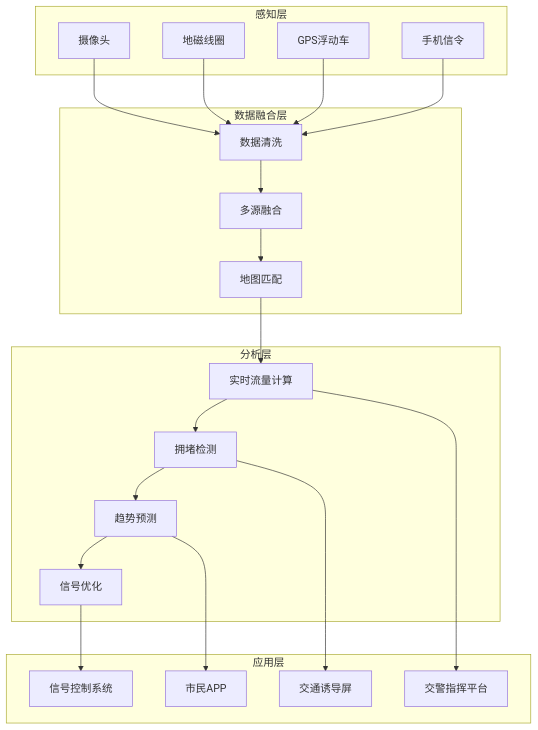
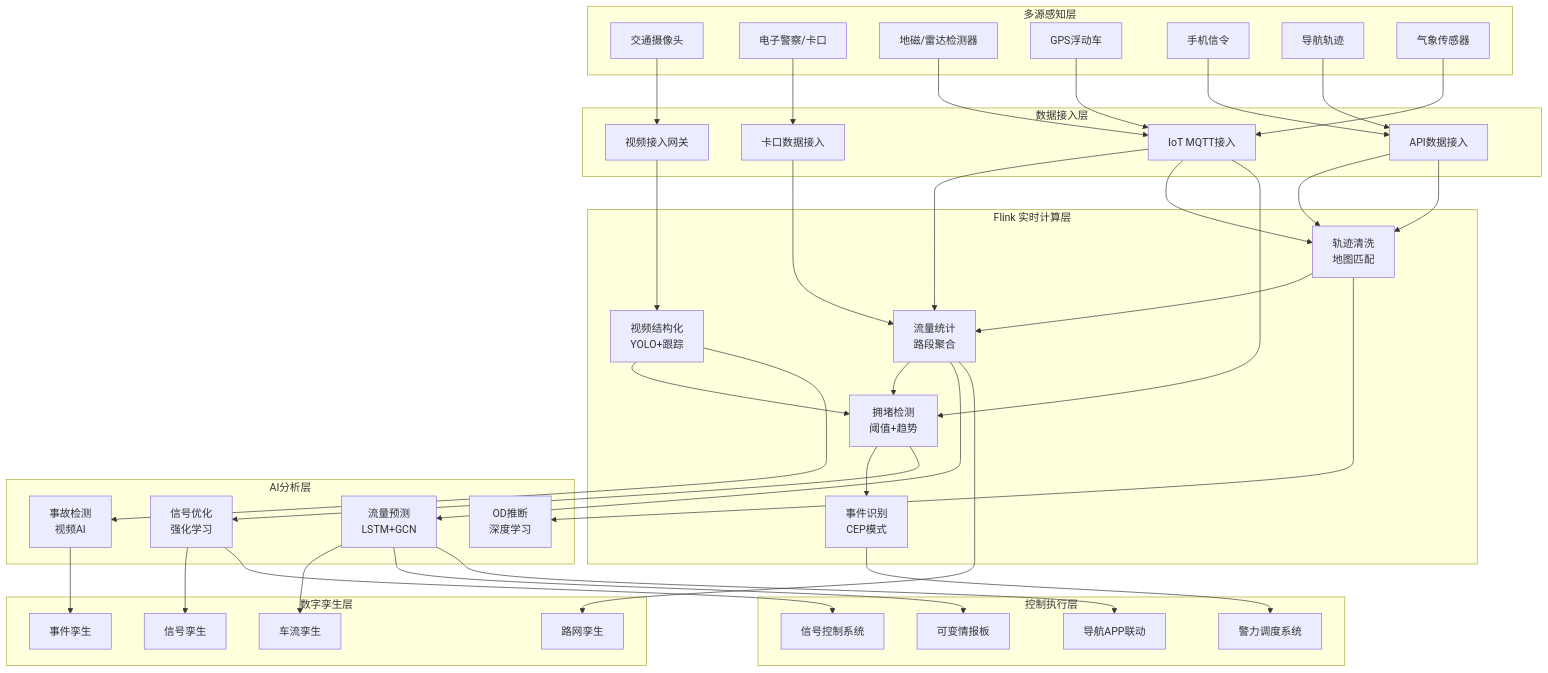
The first of 4 diagrams in phase2-case-studies/smart-city/11.3.1-traffic-flow-analysis.md (AdaMartin18010/AnalysisDataFlow), drawn with Mermaid before and after one commit. The commit also changed other lines of this file and 254 other files, not shown here.

````diff
--- a/phase2-case-studies/smart-city/11.3.1-traffic-flow-analysis.md
+++ b/phase2-case-studies/smart-city/11.3.1-traffic-flow-analysis.md
@@ -48,40 +176,71 @@
 ```mermaid
-flowchart TB
-    subgraph 感知层[感知层]
-        C1[摄像头]
-        C2[地磁线圈]
-        C3[GPS浮动车]
-        C4[手机信令]
+graph TB
+    subgraph 感知层["多源感知层"]
+        A1[交通摄像头]
+        A2[电子警察/卡口]
+        A3[地磁/雷达检测器]
+        A4[GPS浮动车]
+        A5[手机信令]
+        A6[导航轨迹]
+        A7[气象传感器]
     end
 
-    subgraph 融合层[数据融合层]
-        F1[数据清洗]
-        F2[多源融合]
-        F3[地图匹配]
+    subgraph 接入层["数据接入层"]
+        B1[视频接入网关]
+        B2[卡口数据接入]
+        B3[IoT MQTT接入]
+        B4[API数据接入]
     end
 
-    subgraph 分析层[分析层]
-        A1[实时流量计算]
-        A2[拥堵检测]
-        A3[趋势预测]
-        A4[信号优化]
+    subgraph 流处理层["Flink 实时计算层"]
+        C1[视频结构化<br/>YOLO+跟踪]
+        C2[轨迹清洗<br/>地图匹配]
+        C3[流量统计<br/>路段聚合]
+        C4[拥堵检测<br/>阈值+趋势]
+        C5[事件识别<br/>CEP模式]
     end
 
-    subgraph 应用层[应用层]
-        D1[交通诱导屏]
-        D2[信号控制系统]
-        D3[交警指挥平台]
-        D4[市民APP]
+    subgraph AI层["AI分析层"]
+        D1[流量预测<br/>LSTM+GCN]
+        D2[信号优化<br/>强化学习]
+        D3[事故检测<br/>视频AI]
+        D4[OD推断<br/>深度学习]
     end
 
-    C1 --> F1
-    C2 --> F1
-    C3 --> F1
-    C4 --> F1
-    F1 --> F2 --> F3
-    F3 --> A1 --> A2 --> A3 --> A4
-    A2 --> D1
-    A4 --> D2
-    A1 --> D3
-    A3 --> D4
+    subgraph 孪生层["数字孪生层"]
+        E1[路网孪生]
+        E2[车流孪生]
+        E3[信号孪生]
+        E4[事件孪生]
+    end
+
+    subgraph 控制层["控制执行层"]
+        F1[信号控制系统]
+        F2[可变情报板]
+        F3[导航APP联动]
+        F4[警力调度系统]
+    end
+
+    A1 --> B1 --> C1
+    A2 --> B2 --> C3
+    A3 --> B3 --> C3
+    A4 --> B3 --> C2
+    A5 --> B4 --> C2
+    A6 --> B4 --> C2
+    A7 --> B3 --> C4
+    C1 --> C4
+    C2 --> C3 --> C4
+    C4 --> C5
+    C3 --> D1
+    C4 --> D2
+    C1 --> D3
+    C2 --> D4
+    D1 --> E2
+    D2 --> E3
+    D3 --> E4
+    C3 --> E1
+    D2 --> F1
+    D1 --> F2
+    D1 --> F3
+    C5 --> F4
 ```
````
